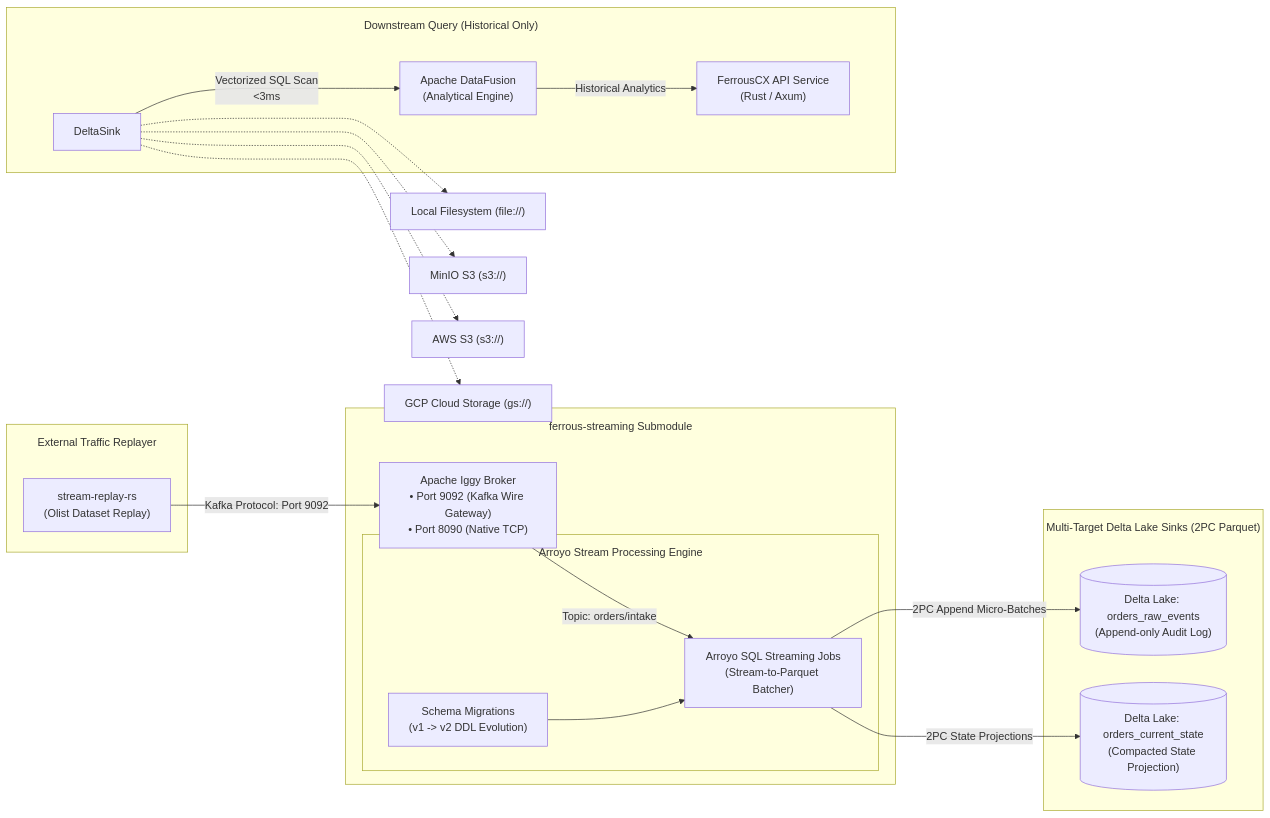
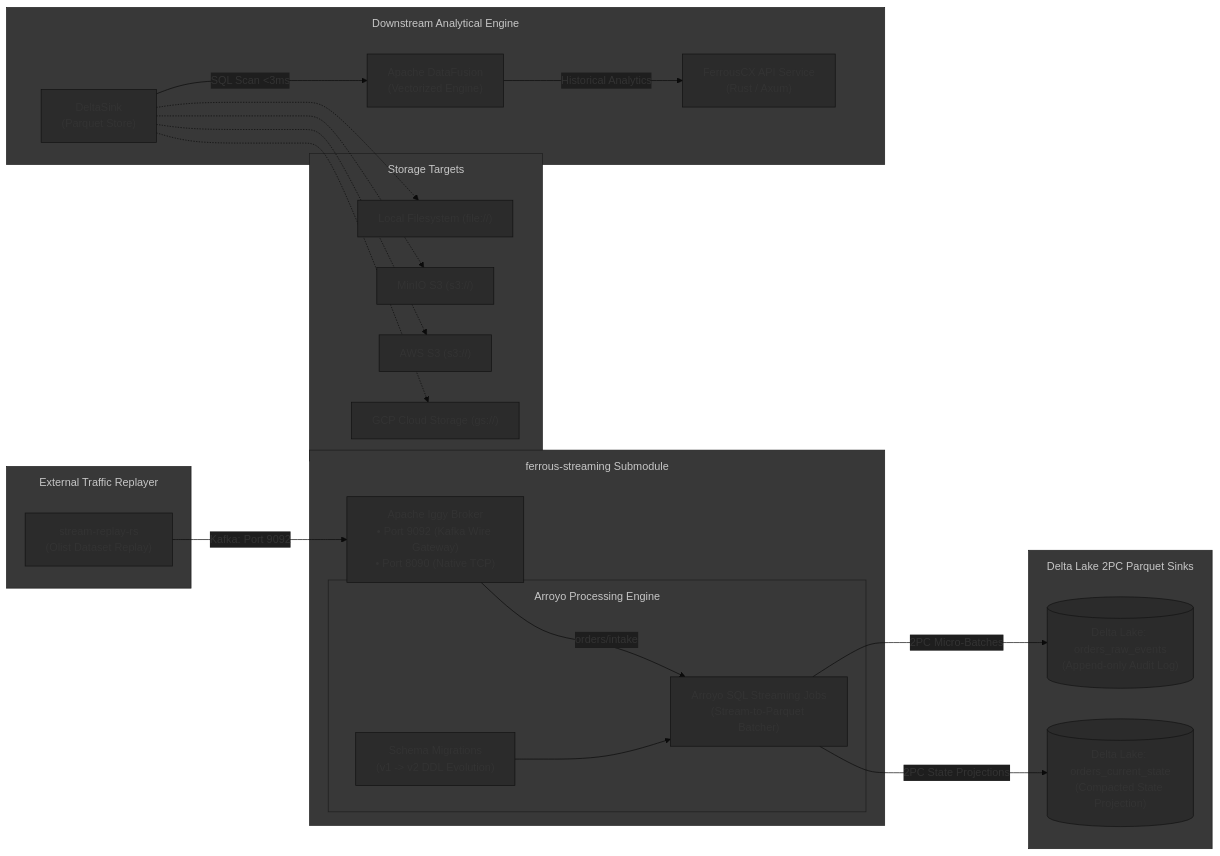
Before and after one commit to reidlai/ferrous-streaming: the diagram in README.md, drawn with Mermaid. The commit also changed 8 other files, not shown here.

````diff
--- a/README.md
+++ b/README.md
@@ -19,43 +19,59 @@
 ```mermaid
 %%{init: {
+  'theme': 'base',
+  'themeVariables': {
+    'primaryColor': '#2b2b2b',
+    'edgeLabelBackground': '#1e1e1e'
+  },
   'flowchart': {
-    'subGraphTitleMargin': { 'top': 15, 'bottom': 35 },
-    'nodeSpacing': 40,
-    'rankSpacing': 50
+    'subGraphTitleMargin': { 'top': 12, 'bottom': 24 },
+    'nodeSpacing': 45,
+    'rankSpacing': 55
   }
 }}%%
 flowchart LR
     subgraph Ingestion_Source ["External Traffic Replayer"]
         Replayer["stream-replay-rs<br/>(Olist Dataset Replay)"]
     end
 
     subgraph Streaming_Submodule ["ferrous-streaming Submodule"]
         Iggy["Apache Iggy Broker<br/>• Port 9092 (Kafka Wire Gateway)<br/>• Port 8090 (Native TCP)"]
         
-        subgraph Arroyo_Engine ["Arroyo Stream Processing Engine"]
+        subgraph Arroyo_Engine ["Arroyo Processing Engine"]
             Migrations["Schema Migrations<br/>(v1 -> v2 DDL Evolution)"]
             SQLPipeline["Arroyo SQL Streaming Jobs<br/>(Stream-to-Parquet Batcher)"]
         end
     end
 
-    subgraph Storage ["Multi-Target Delta Lake Sinks (2PC Parquet)"]
+    subgraph Storage ["Delta Lake 2PC Parquet Sinks"]
         DeltaRaw[("Delta Lake: orders_raw_events<br/>(Append-only Audit Log)")]
         DeltaState[("Delta Lake: orders_current_state<br/>(Compacted State Projection)")]
     end
 
-    Replayer -->|Kafka Protocol: Port 9092| Iggy
-    Iggy -->|Topic: orders/intake| SQLPipeline
+    subgraph Storage_Targets ["Storage Targets"]
+        Local["Local Filesystem (file://)"]
+        MinIO["MinIO S3 (s3://)"]
+        AWSS3["AWS S3 (s3://)"]
+        GCS["GCP Cloud Storage (gs://)"]
+    end
+
+    subgraph Downstream_Consumption ["Downstream Analytical Engine"]
+        DeltaSink["DeltaSink<br/>(Parquet Store)"]
+        DataFusion["Apache DataFusion<br/>(Vectorized Engine)"]
+        ApiService["FerrousCX API Service<br/>(Rust / Axum)"]
+    end
+
+    Replayer -->|Kafka: Port 9092| Iggy
+    Iggy -->|orders/intake| SQLPipeline
     Migrations --> SQLPipeline
-    SQLPipeline -->|2PC Append Micro-Batches| DeltaRaw
+    SQLPipeline -->|2PC Micro-Batches| DeltaRaw
     SQLPipeline -->|2PC State Projections| DeltaState
 
-    DeltaSink -.-> Local["Local Filesystem (file://)"]
-    DeltaSink -.-> MinIO["MinIO S3 (s3://)"]
-    DeltaSink -.-> AWSS3["AWS S3 (s3://)"]
-    DeltaSink -.-> GCS["GCP Cloud Storage (gs://)"]
+    DeltaSink -.-> Local
+    DeltaSink -.-> MinIO
+    DeltaSink -.-> AWSS3
+    DeltaSink -.-> GCS
 
-    subgraph Downstream_Consumption ["Downstream Query (Historical Only)"]
-        DeltaSink -->|Vectorized SQL Scan<br/>&lt;3ms| DataFusion["Apache DataFusion<br/>(Analytical Engine)"]
-        DataFusion -->|Historical Analytics| ApiService["FerrousCX API Service<br/>(Rust / Axum)"]
-    end
+    DeltaSink -->|SQL Scan &lt;3ms| DataFusion
+    DataFusion -->|Historical Analytics| ApiService
 ```
````
